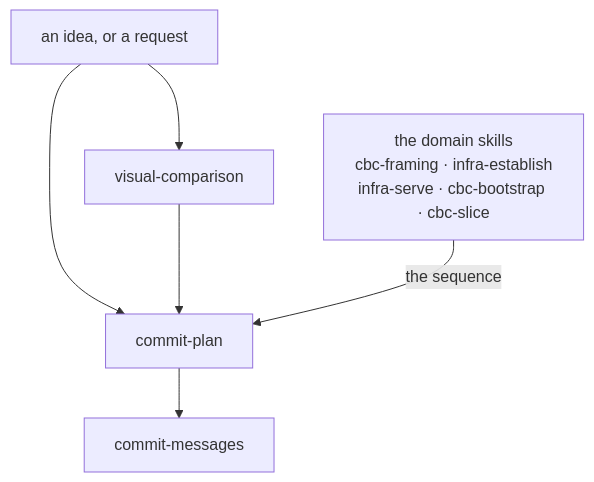
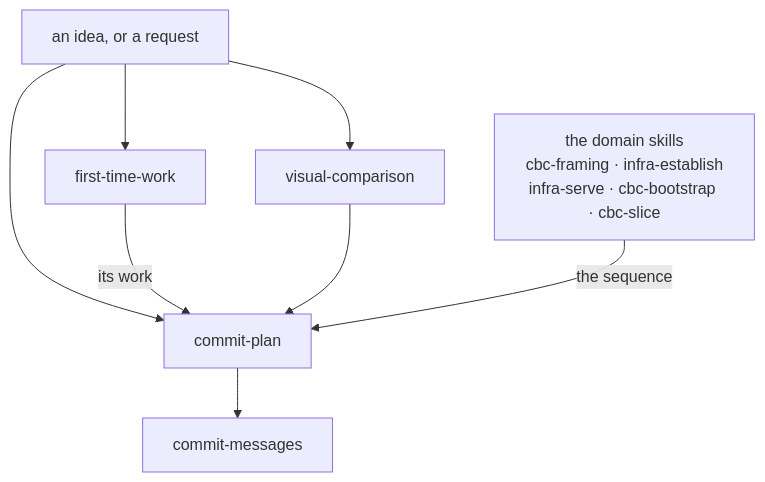
The diagram in docs/conventions/README.md (edgaras87/correctness-by-construction), drawn with Mermaid before and after one commit. The commit also changed other lines of this file and 6 other files, not shown here.

First line of the commit message:
docs: a first-time-work convention, and its skill

````diff
--- a/docs/conventions/README.md
+++ b/docs/conventions/README.md
@@ -16,14 +16,17 @@
 ```mermaid
 flowchart TB
     idea["an idea, or a request"]
     vc["visual-comparison"]
+    ftw["first-time-work"]
     cp["commit-plan"]
     cm["commit-messages"]
     dom["the domain skills<br/>cbc-framing · infra-establish<br/>infra-serve · cbc-bootstrap · cbc-slice"]
 
     idea --> vc
+    idea --> ftw
     idea --> cp
+    ftw -- "its work" --> cp
     vc --> cp
     dom -- "the sequence" --> cp
     cp --> cm
 ```
````
